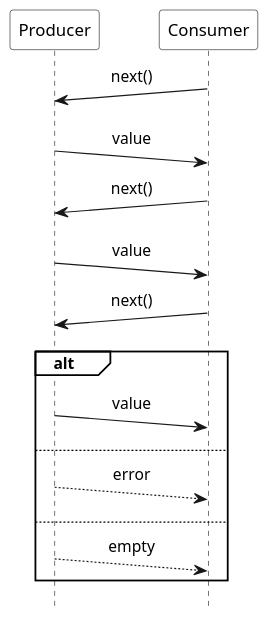
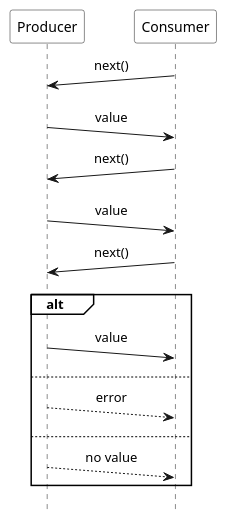
One commit to ti-cortex-m4/demo-java-reactive-streams-old changed the diagram in images/pattern_Iterator.puml. Above: the diagram before and after it, drawn with PlantUML. The commit also changed 4 other files, not shown here.

```diff
--- a/images/pattern_Iterator.puml
+++ b/images/pattern_Iterator.puml
@@ -1,34 +1,34 @@
 @startuml
 
-scale 1.2
+scale 1.0
 hide footbox
 
 !pragma teoz true
 
 skinparam monochrome true
 skinparam defaultFontName Source Sans Pro
 skinparam sequenceMessageAlign center
 skinparam participantBackgroundColor #white
 skinparam noteBackgroundColor #white
 skinparam sequenceGroupBackgroundColor #white
 skinparam participantPadding 20
 
 participant Producer
 participant Consumer
 
 Consumer ->(10) Producer : next()
 Producer ->(10) Consumer : value
 
 Consumer ->(10) Producer : next()
 Producer ->(10) Consumer : value
 
 Consumer ->(10) Producer : next()
 alt
 Producer ->(10) Consumer : value
 else
 Producer -->(10) Consumer : error
 else
-Producer -->(10) Consumer : empty
+Producer -->(10) Consumer : no value
 end
 
 @enduml
```
